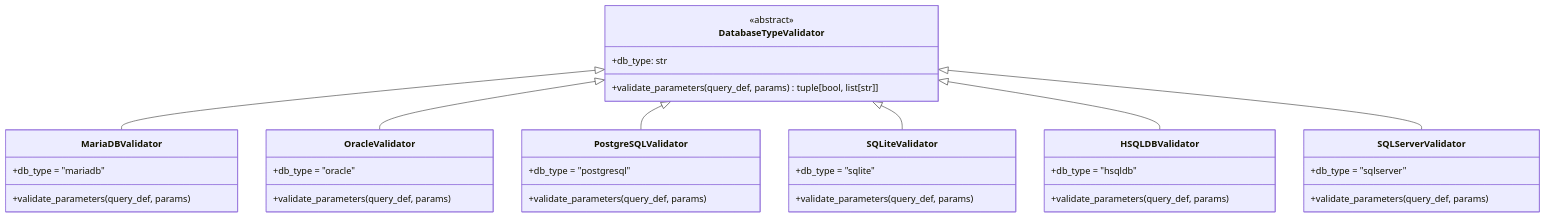
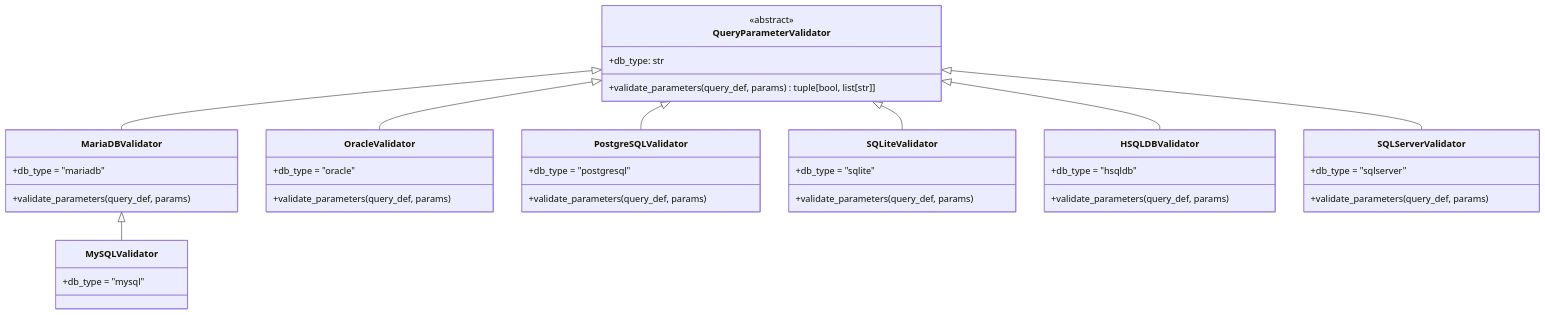
The diagram in docs/api/validators_system.md (fmanza/util_bbdd), drawn with Mermaid before and after one commit. The commit also changed other lines of this file and 24 other files, not shown here.

````diff
--- a/docs/api/validators_system.md
+++ b/docs/api/validators_system.md
@@ -7,38 +11,42 @@
 ```mermaid
 classDiagram
-    class DatabaseTypeValidator {
+    class QueryParameterValidator {
         <<abstract>>
         +db_type: str
         +validate_parameters(query_def, params) tuple[bool, list[str]]
     }
     class MariaDBValidator {
         +db_type = "mariadb"
         +validate_parameters(query_def, params)
     }
     class OracleValidator {
         +db_type = "oracle"
         +validate_parameters(query_def, params)
     }
     class PostgreSQLValidator {
         +db_type = "postgresql"
         +validate_parameters(query_def, params)
     }
     class SQLiteValidator {
         +db_type = "sqlite"
         +validate_parameters(query_def, params)
     }
     class HSQLDBValidator {
         +db_type = "hsqldb"
         +validate_parameters(query_def, params)
     }
     class SQLServerValidator {
         +db_type = "sqlserver"
         +validate_parameters(query_def, params)
     }
-    DatabaseTypeValidator <|-- MariaDBValidator
-    DatabaseTypeValidator <|-- OracleValidator
-    DatabaseTypeValidator <|-- PostgreSQLValidator
-    DatabaseTypeValidator <|-- SQLiteValidator
-    DatabaseTypeValidator <|-- HSQLDBValidator
-    DatabaseTypeValidator <|-- SQLServerValidator
+    class MySQLValidator {
+        +db_type = "mysql"
+    }
+    MariaDBValidator <|-- MySQLValidator
+    QueryParameterValidator <|-- MariaDBValidator
+    QueryParameterValidator <|-- OracleValidator
+    QueryParameterValidator <|-- PostgreSQLValidator
+    QueryParameterValidator <|-- SQLiteValidator
+    QueryParameterValidator <|-- HSQLDBValidator
+    QueryParameterValidator <|-- SQLServerValidator
 ```
````
